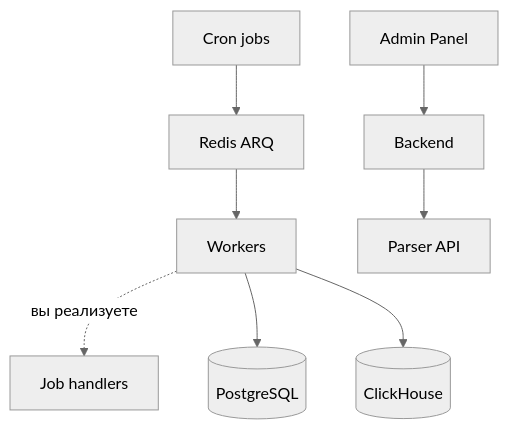
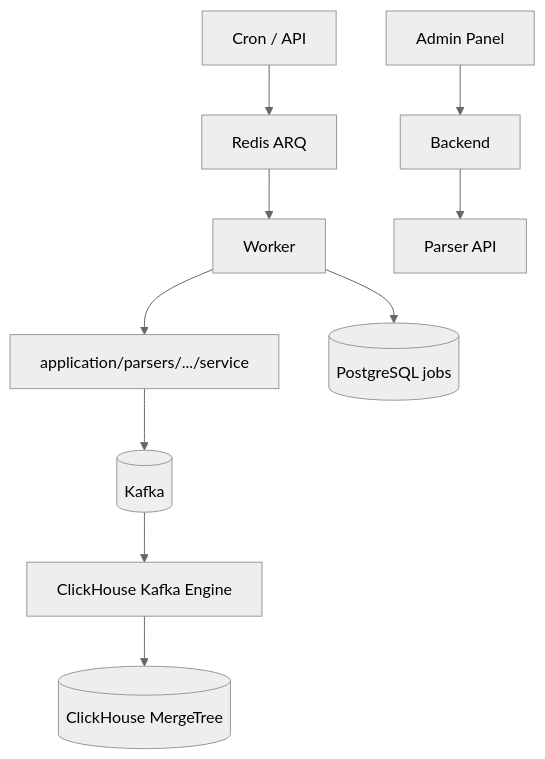
The diagram in architecture/parser.md (MarketHackerLabs/docs), drawn with Mermaid (neutral theme) before and after one commit. The commit also changed other lines of this file and 5 other files, not shown here.

Commit message:
Обновить документацию по разработке парсеров: добавить новый файл architecture/parser-development.md с руководством по добавлению парсеров и обновить существующие документы для включения информации о Kafka и изменениях в архитектуре.

````diff
--- a/architecture/parser.md
+++ b/architecture/parser.md
@@ -25,9 +7,11 @@
 ```mermaid
 flowchart TB
-    CRON[Cron jobs] --> ARQ[Redis ARQ]
-    ARQ --> WORKER[Workers]
-    WORKER -.->|вы реализуете| TASK[Job handlers]
-    WORKER --> PG[(PostgreSQL)]
-    WORKER --> CH[(ClickHouse)]
+    CRON[Cron / API] --> ARQ[Redis ARQ]
+    ARQ --> WORKER[Worker]
+    WORKER --> SVC[application/parsers/.../service]
+    SVC --> KAFKA[(Kafka)]
+    KAFKA --> CHK[ClickHouse Kafka Engine]
+    CHK --> CH[(ClickHouse MergeTree)]
+    WORKER --> PG[(PostgreSQL jobs)]
     ADMIN[Admin Panel] --> BE[Backend] --> API[Parser API]
 ```
````
